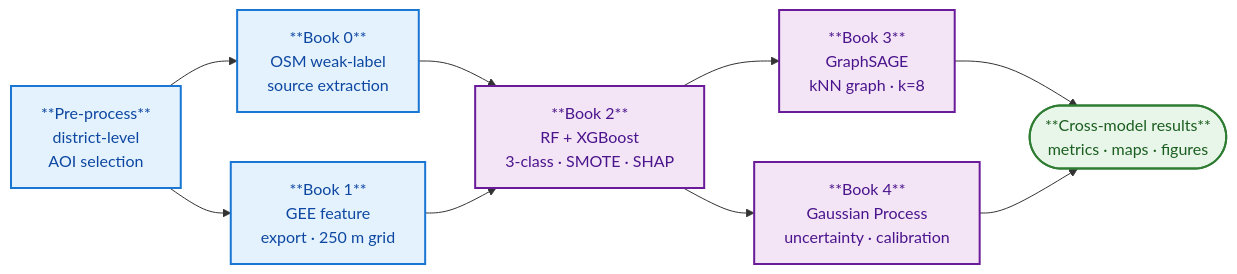
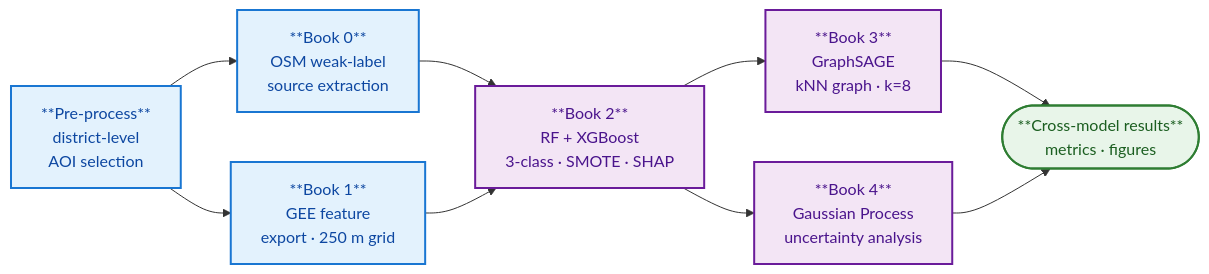
Before and after one commit to Entao21/0069_coursework: the first of 7 diagrams in README.md, drawn with Mermaid. The commit also changed other lines of this file and 2 other files, not shown here.

````diff
--- a/README.md
+++ b/README.md
@@ -181,26 +186,26 @@
 ```mermaid
 flowchart LR
     PP["**Pre-process**<br/>district-level<br/>AOI selection"]
     B0["**Book 0**<br/>OSM weak-label<br/>source extraction"]
     B1["**Book 1**<br/>GEE feature<br/>export · 250 m grid"]
     B2["**Book 2**<br/>RF + XGBoost<br/>3-class · SMOTE · SHAP"]
     B3["**Book 3**<br/>GraphSAGE<br/>kNN graph · k=8"]
-    B4["**Book 4**<br/>Gaussian Process<br/>uncertainty · calibration"]
-    OUT(["**Cross-model results**<br/>metrics · maps · figures"])
+    B4["**Book 4**<br/>Gaussian Process<br/>uncertainty analysis"]
+    OUT(["**Cross-model results**<br/>metrics · figures"])
 
     PP --> B0
     PP --> B1
     B0 --> B2
     B1 --> B2
     B2 --> B3
     B2 --> B4
     B3 --> OUT
     B4 --> OUT
 
     classDef data fill:#E3F2FD,stroke:#1976D2,stroke-width:2px,color:#0D47A1
     classDef model fill:#F3E5F5,stroke:#6A1B9A,stroke-width:2px,color:#4A148C
     classDef out fill:#E8F5E9,stroke:#2E7D32,stroke-width:2px,color:#1B5E20
     class PP,B0,B1 data
     class B2,B3,B4 model
     class OUT out
 ```
````
